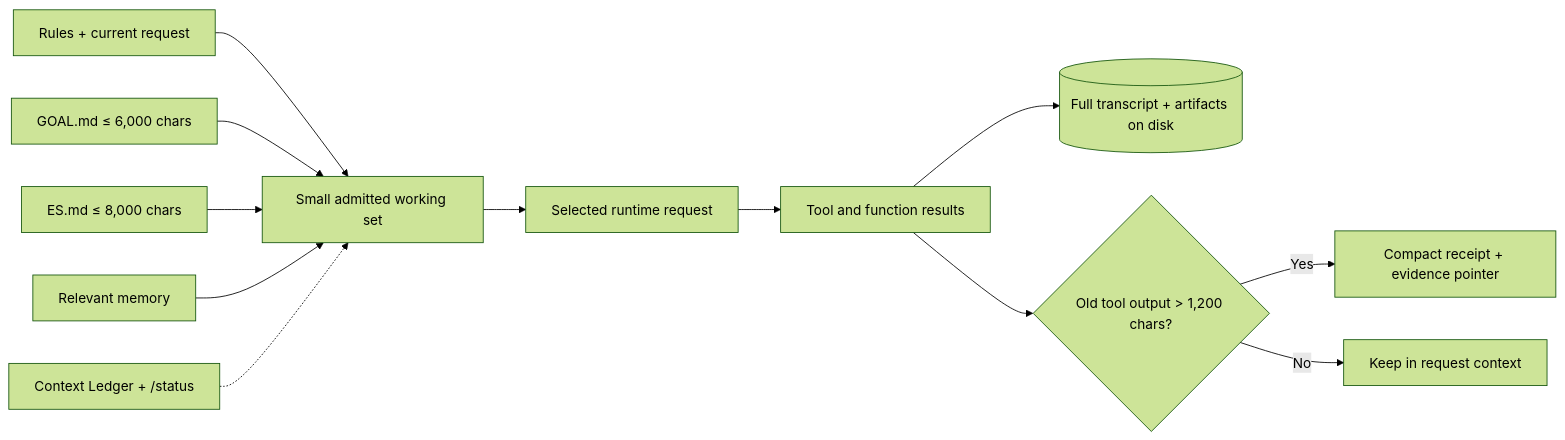
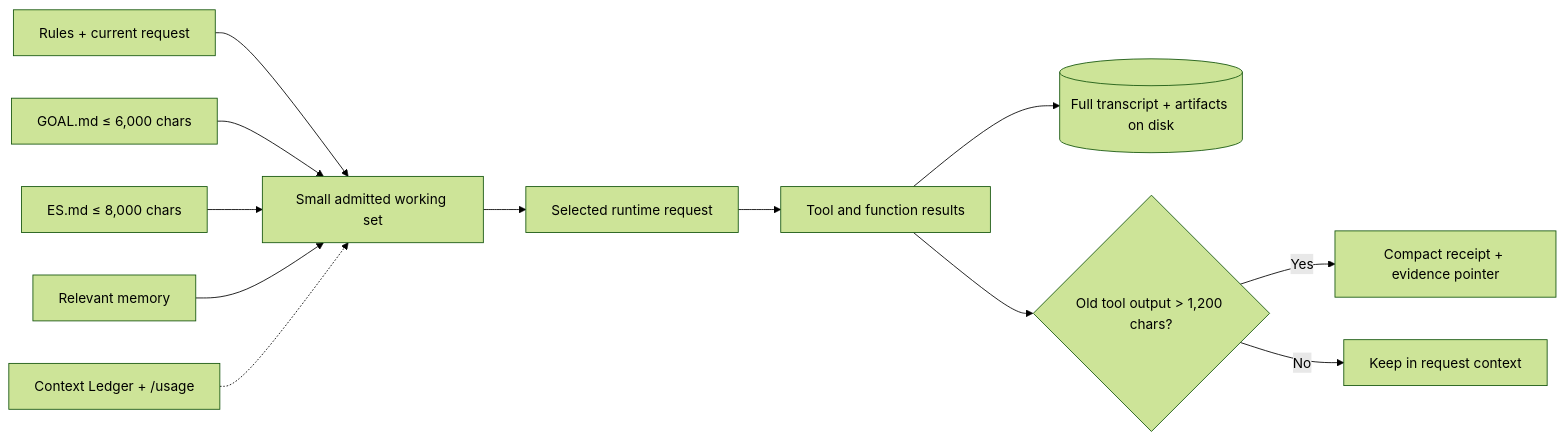
The second of 6 diagrams in readme.md (MasihMoafi/A-Modular-Kingdom), drawn with Mermaid (forest theme) before and after one commit. The commit also changed other lines of this file and 45 other files, not shown here.

First line of the commit message:
fix: delete /status entirely, /usage is the only status surface (#99)

````diff
--- a/readme.md
+++ b/readme.md
@@ -94,14 +94,14 @@
 ```mermaid
 flowchart LR
     rules["Rules + current request"] --> working["Small admitted working set"]
     goal["GOAL.md ≤ 6,000 chars"] --> working
     checkpoint["ES.md ≤ 8,000 chars"] --> working
     memory["Relevant memory"] --> working
-    status["Context Ledger + /status"] -.-> working
+    status["Context Ledger + /usage"] -.-> working
     working --> runtime["Selected runtime request"]
     runtime --> results["Tool and function results"]
     results --> disk[("Full transcript + artifacts on disk")]
     results --> large{"Old tool output > 1,200 chars?"}
     large -->|Yes| marker["Compact receipt + evidence pointer"]
     large -->|No| keep["Keep in request context"]
 ```
````
